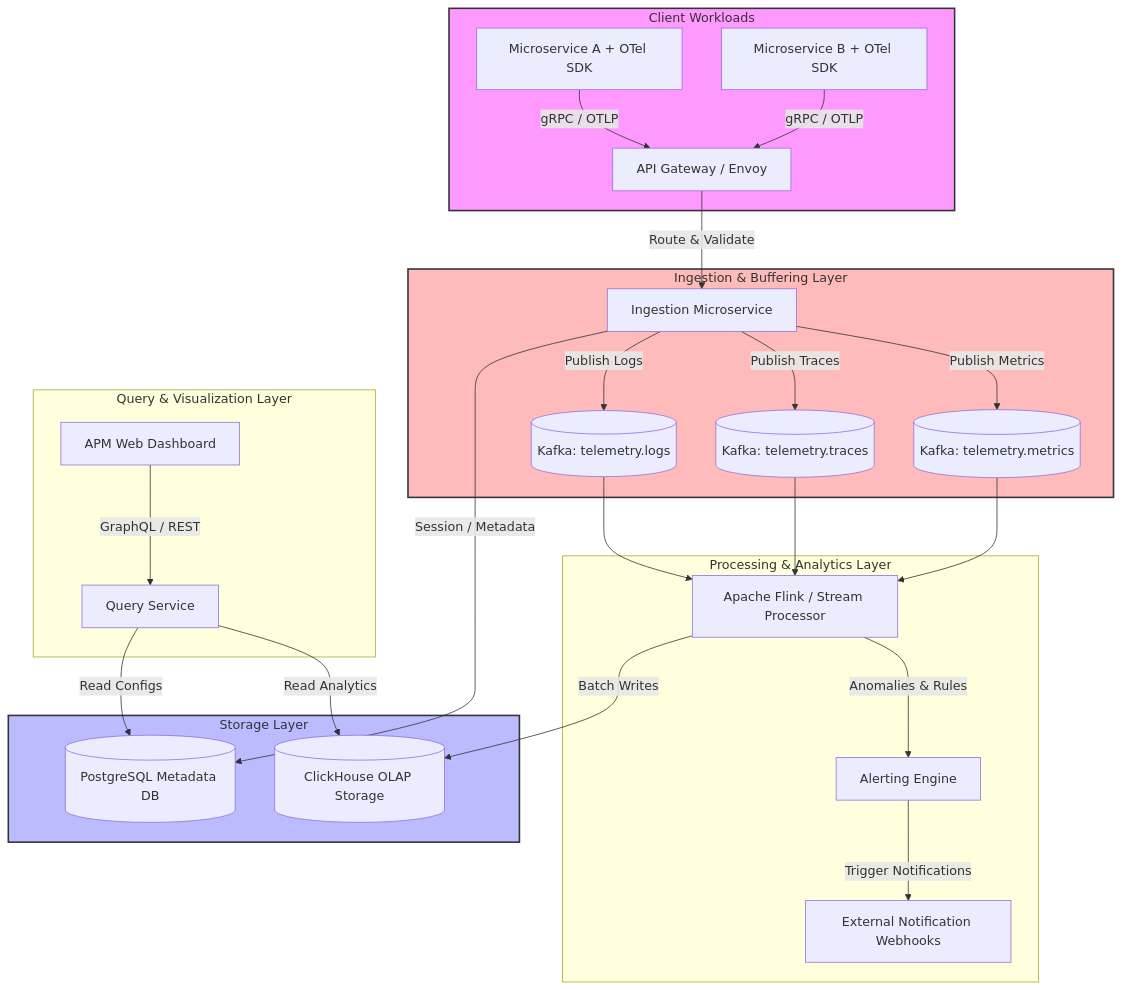
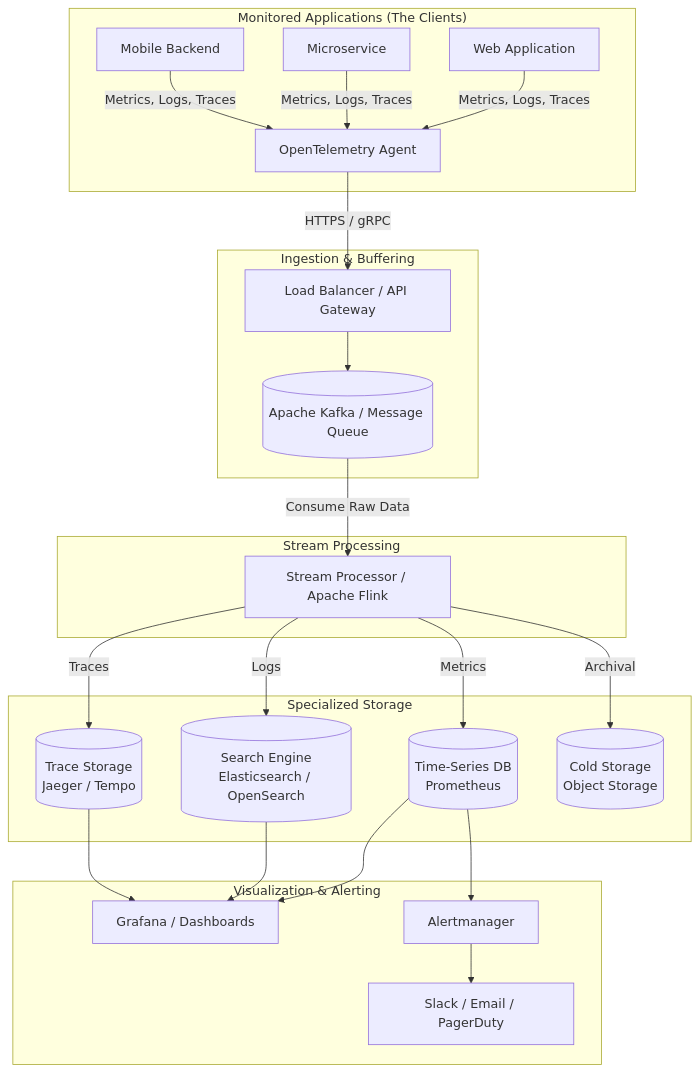
One commit to AdrianTorjKobza/System_Design changed the diagram in Design_an_Application_Performance_Monitoring_System.md. Above: the diagram before and after it, drawn with Mermaid. The commit also changed other lines of this file, not shown here.

````diff
--- a/Design_an_Application_Performance_Monitoring_System.md
+++ b/Design_an_Application_Performance_Monitoring_System.md
@@ -15,38 +10,51 @@
 ```mermaid
-graph TD
-    subgraph ClientLayer [Client Workloads]
-        AppA[Microservice A + OTel SDK] -->|gRPC / OTLP| IngestGW[API Gateway / Envoy]
-        AppB[Microservice B + OTel SDK] -->|gRPC / OTLP| IngestGW
+flowchart TD
+    %% Define External Monitored Apps
+    subgraph Monitored_Environment ["Monitored Applications (The Clients)"]
+        App1[Web Application] -->|Metrics, Logs, Traces| OT[OpenTelemetry Agent]
+        App2[Microservice] -->|Metrics, Logs, Traces| OT
+        App3[Mobile Backend] -->|Metrics, Logs, Traces| OT
     end
 
-    subgraph IngestionLayer [Ingestion & Buffering Layer]
-        IngestGW -->|Route & Validate| IngestService[Ingestion Microservice]
-        IngestService -->|Publish Metrics| KafkaMetrics[(Kafka: telemetry.metrics)]
-        IngestService -->|Publish Traces| KafkaTraces[(Kafka: telemetry.traces)]
-        IngestService -->|Publish Logs| KafkaLogs[(Kafka: telemetry.logs)]
+    %% Ingestion Layer
+    subgraph Ingestion_Layer ["Ingestion & Buffering"]
+        LB[Load Balancer / API Gateway]
+        MQ[(Apache Kafka / Message Queue)]
+        
+        OT -->|HTTPS / gRPC| LB
+        LB --> MQ
     end
 
-    subgraph ProcessingLayer [Processing & Analytics Layer]
-        KafkaMetrics --> StreamProc[Apache Flink / Stream Processor]
-        KafkaTraces --> StreamProc
-        KafkaLogs --> StreamProc
-        
-        StreamProc -->|Anomalies & Rules| AlertEngine[Alerting Engine]
-        AlertEngine -->|Trigger Notifications| PagerDuty[External Notification Webhooks]
+    %% Processing Layer
+    subgraph Processing_Layer ["Stream Processing"]
+        SP[Stream Processor / Apache Flink]
+        MQ -->|Consume Raw Data| SP
     end
 
-    subgraph StorageLayer [Storage Layer]
-        StreamProc -->|Batch Writes| ClickHouse[(ClickHouse OLAP Storage)]
-        IngestService -->|Session / Metadata| Postgres[(PostgreSQL Metadata DB)]
+    %% Storage Layer
+    subgraph Storage_Layer ["Specialized Storage"]
+        TSDB[(Time-Series DB\nPrometheus)]
+        Search[(Search Engine\nElasticsearch / OpenSearch)]
+        TraceDB[(Trace Storage\nJaeger / Tempo)]
+        Cold[(Cold Storage\nObject Storage)]
+        
+        SP -->|Metrics| TSDB
+        SP -->|Logs| Search
+        SP -->|Traces| TraceDB
+        SP -->|Archival| Cold
     end
 
-    subgraph QueryLayer [Query & Visualization Layer]
-        UI[APM Web Dashboard] -->|GraphQL / REST| QueryService[Query Service]
-        QueryService -->|Read Analytics| ClickHouse
-        QueryService -->|Read Configs| Postgres
+    %% Visualization & Alerting
+    subgraph Presentation_Layer ["Visualization & Alerting"]
+        UI[Grafana / Dashboards]
+        Alert[Alertmanager]
+        Notify[Slack / Email / PagerDuty]
+        
+        TSDB --> UI
+        Search --> UI
+        TraceDB --> UI
+        
+        TSDB --> Alert
+        Alert --> Notify
     end
-
-    style ClientLayer fill:#f9f,stroke:#333,stroke-width:2px
-    style StorageLayer fill:#bbf,stroke:#333,stroke-width:2px
-    style IngestionLayer fill:#fbb,stroke:#333,stroke-width:2px
 ```
````
